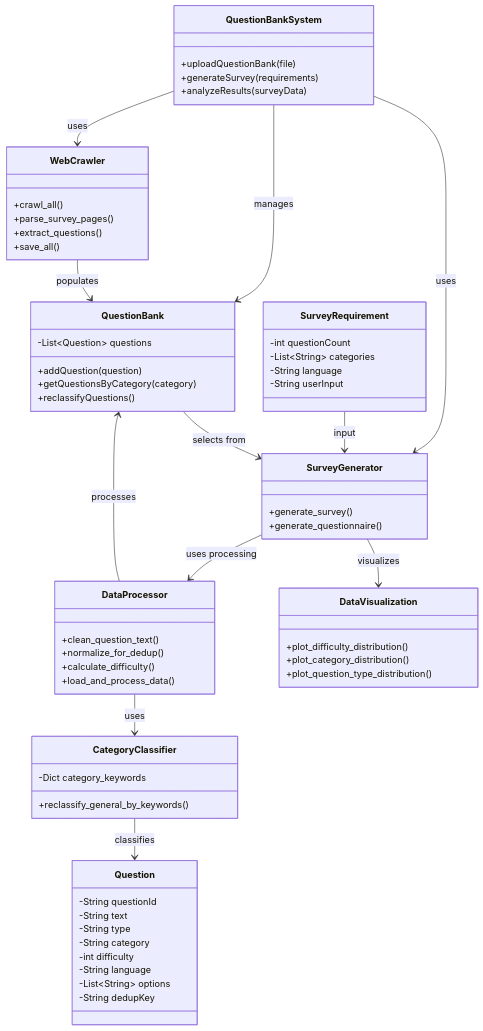
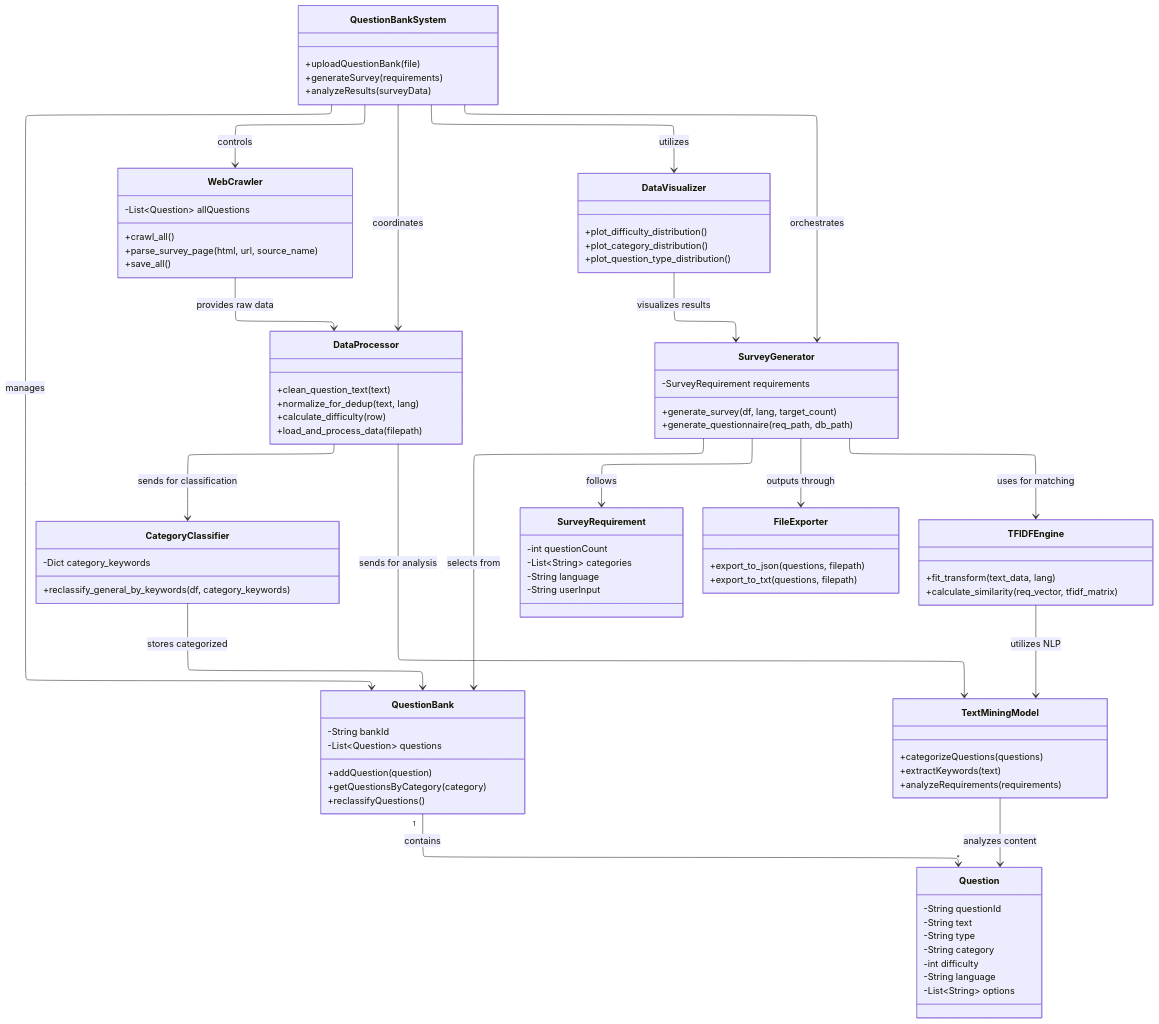
Before and after one commit to decieve4/7008-Group-Project: the diagram in functional_oo_diagram.mmd, drawn with Mermaid.

```diff
--- a/functional_oo_diagram.mmd
+++ b/functional_oo_diagram.mmd
@@ -1,88 +1,110 @@
 ---
 config:
-  layout: dagre
-  theme: mc
+  layout: elk
+  theme: default
 ---
 classDiagram
-    %% Core System Classes (Based on actual code)
     class QuestionBankSystem {
         +uploadQuestionBank(file)
         +generateSurvey(requirements)
         +analyzeResults(surveyData)
     }
     
-    %% Data Layer Classes
     class QuestionBank {
+        -String bankId
         -List~Question~ questions
         +addQuestion(question)
         +getQuestionsByCategory(category)
         +reclassifyQuestions()
     }
     
     class Question {
         -String questionId
         -String text
         -String type
         -String category
         -int difficulty
         -String language
         -List~String~ options
-        -String dedupKey
+    }
+    
+    class WebCrawler {
+        -List~Question~ allQuestions
+        +crawl_all()
+        +parse_survey_page(html, url, source_name)
+        +save_all()
+    }
+    
+    class DataProcessor {
+        +clean_question_text(text)
+        +normalize_for_dedup(text, lang)
+        +calculate_difficulty(row)
+        +load_and_process_data(filepath)
+    }
+    
+    class CategoryClassifier {
+        -Dict category_keywords
+        +reclassify_general_by_keywords(df, category_keywords)
+    }
+    
+    class TextMiningModel {
+        +categorizeQuestions(questions)
+        +extractKeywords(text)
+        +analyzeRequirements(requirements)
+    }
+    
+    class SurveyGenerator {
+        -SurveyRequirement requirements
+        +generate_survey(df, lang, target_count)
+        +generate_questionnaire(req_path, db_path)
     }
     
     class SurveyRequirement {
         -int questionCount
         -List~String~ categories
         -String language
         -String userInput
     }
     
-    %% Processing Engine Classes (From actual code)
-    class WebCrawler {
-        +crawl_all()
-        +parse_survey_pages()
-        +extract_questions()
-        +save_all()
-    }
-    
-    class DataProcessor {
-        +clean_question_text()
-        +normalize_for_dedup()
-        +calculate_difficulty()
-        +load_and_process_data()
-    }
-    
-    class CategoryClassifier {
-        -Dict category_keywords
-        +reclassify_general_by_keywords()
-    }
-    
-    class SurveyGenerator {
-        +generate_survey()
-        +generate_questionnaire()
-    }
-    
-    class DataVisualization {
+    class DataVisualizer {
         +plot_difficulty_distribution()
         +plot_category_distribution()
         +plot_question_type_distribution()
     }
     
-    %% Core System Relationships
+    class FileExporter {
+        +export_to_json(questions, filepath)
+        +export_to_txt(questions, filepath)
+    }
+    
+    class TFIDFEngine {
+        +fit_transform(text_data, lang)
+        +calculate_similarity(req_vector, tfidf_matrix)
+    }
+
+    %% Core Management
     QuestionBankSystem --> QuestionBank : manages
-    QuestionBankSystem --> WebCrawler : uses
-    QuestionBankSystem --> SurveyGenerator : uses
+    QuestionBankSystem --> WebCrawler : controls
+    QuestionBankSystem --> DataProcessor : coordinates
+    QuestionBankSystem --> SurveyGenerator : orchestrates
+    QuestionBankSystem --> DataVisualizer : utilizes
+    
+    %% Data Collection & Storage
+    QuestionBank "1" --> "*" Question : contains
+    WebCrawler --> DataProcessor : provides raw data
     
     %% Data Processing Pipeline
-    WebCrawler --> QuestionBank : populates
-    DataProcessor --> QuestionBank : processes
-    CategoryClassifier --> Question : classifies
+    DataProcessor --> CategoryClassifier : sends for classification
+    DataProcessor --> TextMiningModel : sends for analysis
+    CategoryClassifier --> QuestionBank : stores categorized
+    TextMiningModel --> Question : analyzes content
     
     %% Survey Generation Flow
-    SurveyRequirement --> SurveyGenerator : input
-    QuestionBank --> SurveyGenerator : selects from
-    SurveyGenerator --> DataVisualization : visualizes
+    SurveyGenerator --> QuestionBank : selects from
+    SurveyGenerator --> SurveyRequirement : follows
+    SurveyGenerator --> TFIDFEngine : uses for matching
+    SurveyGenerator --> FileExporter : outputs through
     
-    %% Component Dependencies
-    DataProcessor --> CategoryClassifier : uses
-    SurveyGenerator --> DataProcessor : uses processing
+    %% Analysis & Visualization
+    DataVisualizer --> SurveyGenerator : visualizes results
+    TFIDFEngine --> TextMiningModel : utilizes NLP
```
